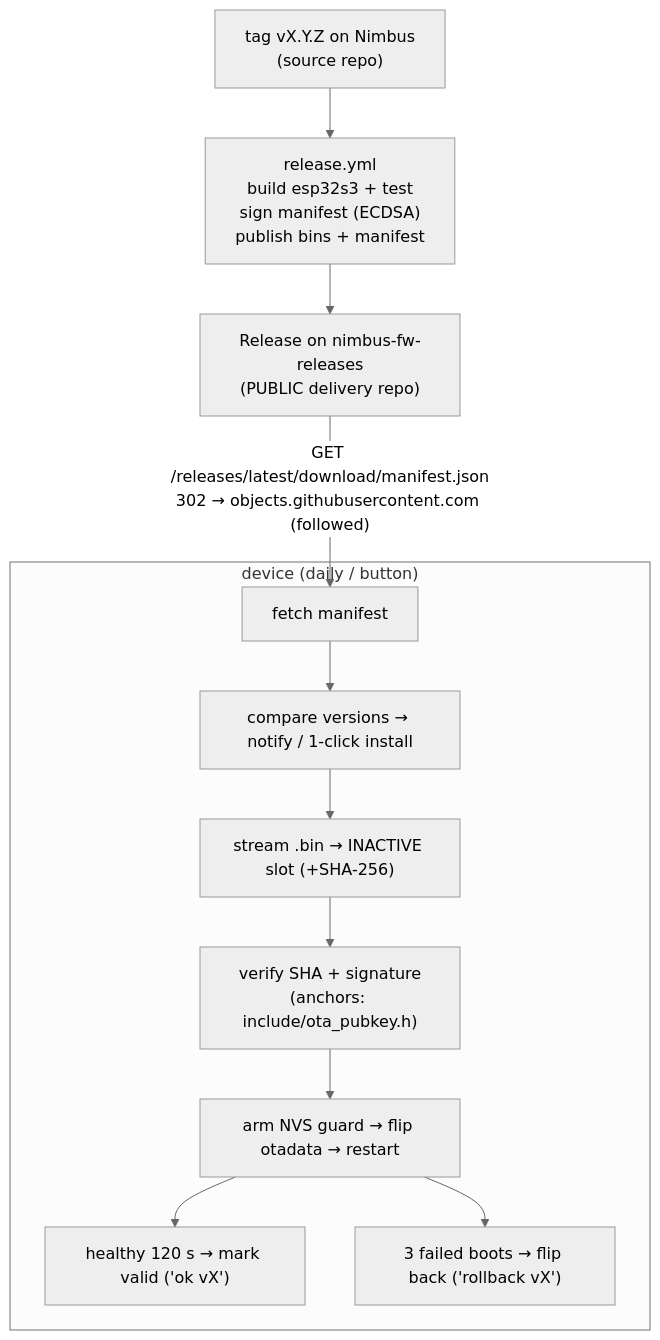
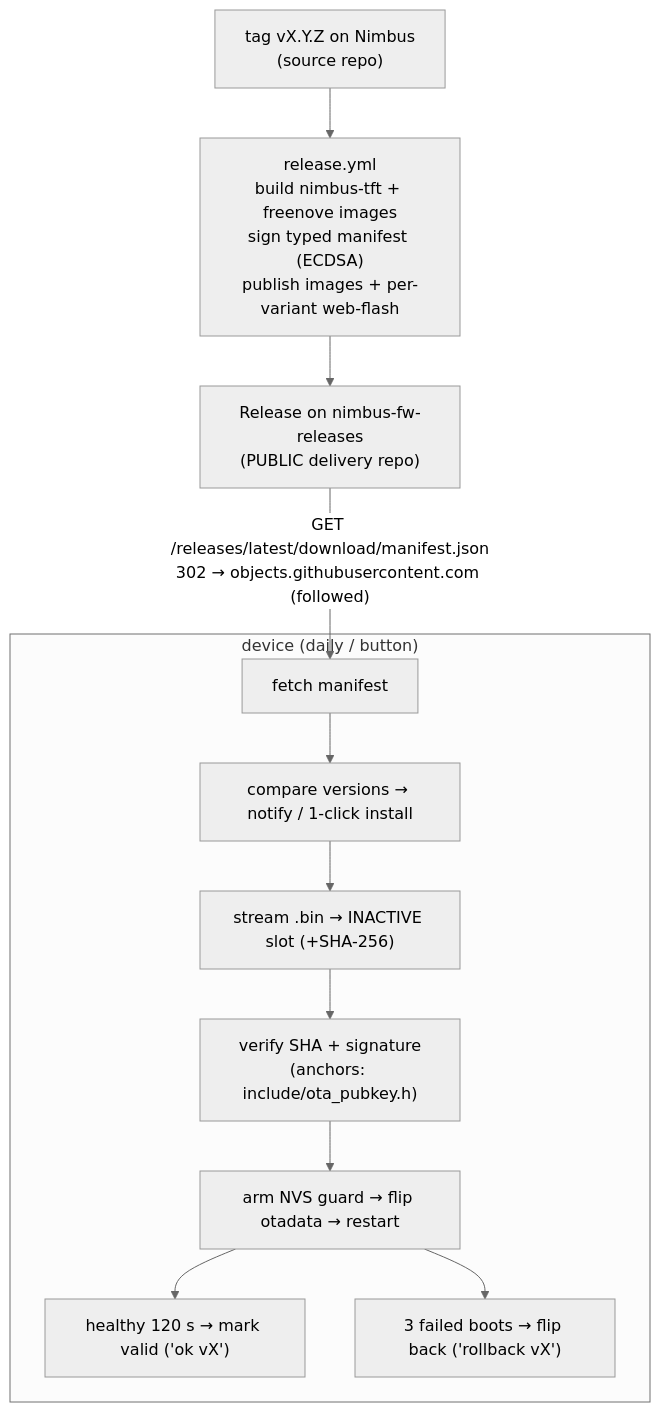
Before and after one commit to ristllin/Nimbus: the diagram in docs/ota.md, drawn with Mermaid (neutral theme). The commit also changed other lines of this file and 6 other files, not shown here.

````diff
--- a/docs/ota.md
+++ b/docs/ota.md
@@ -21,14 +21,14 @@
 ```mermaid
 flowchart TD
-  TAG["tag vX.Y.Z on Nimbus<br/>(source repo)"] --> CI["release.yml<br/>build esp32s3 + test<br/>sign manifest (ECDSA)<br/>publish bins + manifest"]
+  TAG["tag vX.Y.Z on Nimbus<br/>(source repo)"] --> CI["release.yml<br/>build nimbus-tft + freenove images<br/>sign typed manifest (ECDSA)<br/>publish images + per-variant web-flash"]
   CI --> REL["Release on nimbus-fw-releases<br/>(PUBLIC delivery repo)"]
   REL -->|"GET /releases/latest/download/manifest.json<br/>302 → objects.githubusercontent.com (followed)"| GET
   subgraph DEV["device (daily / button)"]
     GET["fetch manifest"] --> CMP["compare versions → notify / 1-click install"]
     CMP --> DL["stream .bin → INACTIVE slot (+SHA-256)"]
     DL --> VER["verify SHA + signature<br/>(anchors: include/ota_pubkey.h)"]
     VER --> FLIP["arm NVS guard → flip otadata → restart"]
     FLIP --> OK["healthy 120 s → mark valid ('ok vX')"]
     FLIP --> RB["3 failed boots → flip back ('rollback vX')"]
   end
 ```
````
